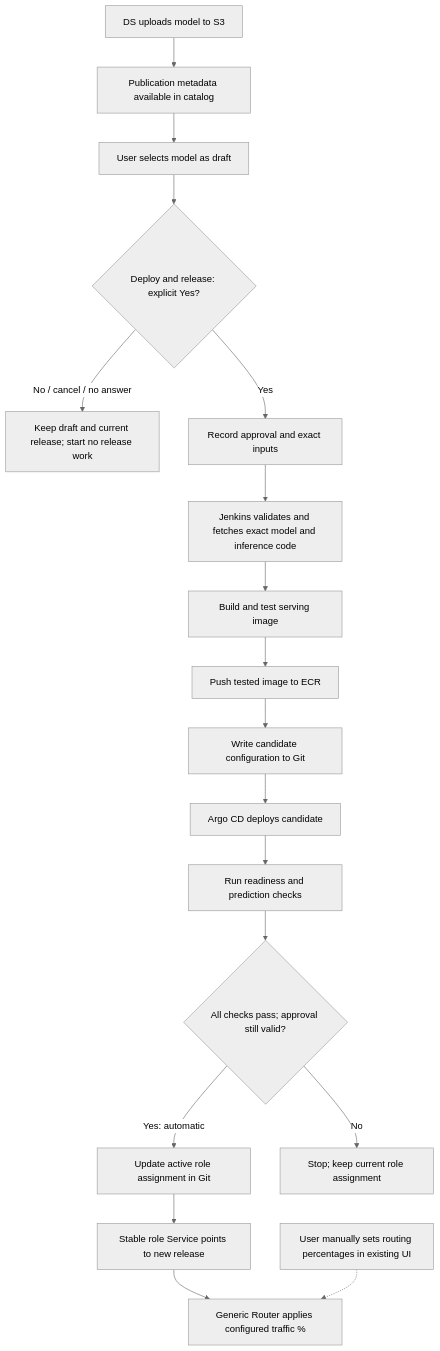
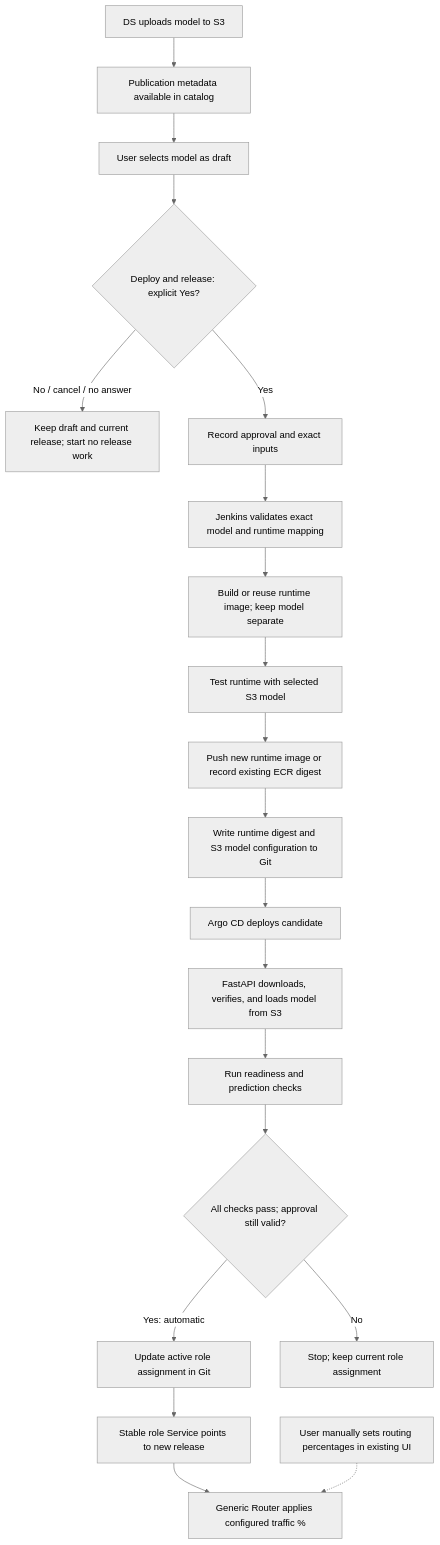
The diagram in ncm-implementation-plan-medium.md (mdragomir-taurus/ops-diagrams), drawn with Mermaid (neutral theme) before and after one commit. The commit also changed other lines of this file, not shown here.

````diff
--- a/ncm-implementation-plan-medium.md
+++ b/ncm-implementation-plan-medium.md
@@ -271,20 +279,22 @@
 ```mermaid
 flowchart TD
     S3["DS uploads model to S3"] --> Catalog["Publication metadata available in catalog"]
     Catalog --> Draft["User selects model as draft"]
     Draft --> Approve{"Deploy and release: explicit Yes?"}
     Approve -->|"No / cancel / no answer"| Hold["Keep draft and current release; start no release work"]
     Approve -->|"Yes"| Snapshot["Record approval and exact inputs"]
-    Snapshot --> Jenkins["Jenkins validates and fetches exact model and inference code"]
-    Jenkins --> Image["Build and test serving image"]
-    Image --> ECR["Push tested image to ECR"]
-    ECR --> Git["Write candidate configuration to Git"]
+    Snapshot --> Jenkins["Jenkins validates exact model and runtime mapping"]
+    Jenkins --> Image["Build or reuse runtime image; keep model separate"]
+    Image --> Test["Test runtime with selected S3 model"]
+    Test --> ECR["Push new runtime image or record existing ECR digest"]
+    ECR --> Git["Write runtime digest and S3 model configuration to Git"]
     Git --> Deploy["Argo CD deploys candidate"]
-    Deploy --> Validate["Run readiness and prediction checks"]
+    Deploy --> Load["FastAPI downloads, verifies, and loads model from S3"]
+    Load --> Validate["Run readiness and prediction checks"]
     Validate --> Checks{"All checks pass; approval still valid?"}
     Checks -->|"Yes: automatic"| Assign["Update active role assignment in Git"]
     Checks -->|"No"| Stop["Stop; keep current role assignment"]
     Assign --> Live["Stable role Service points to new release"]
     Live --> Router["Generic Router applies configured traffic %"]
     Traffic["User manually sets routing percentages in existing UI"] -.-> Router
 ```
````
